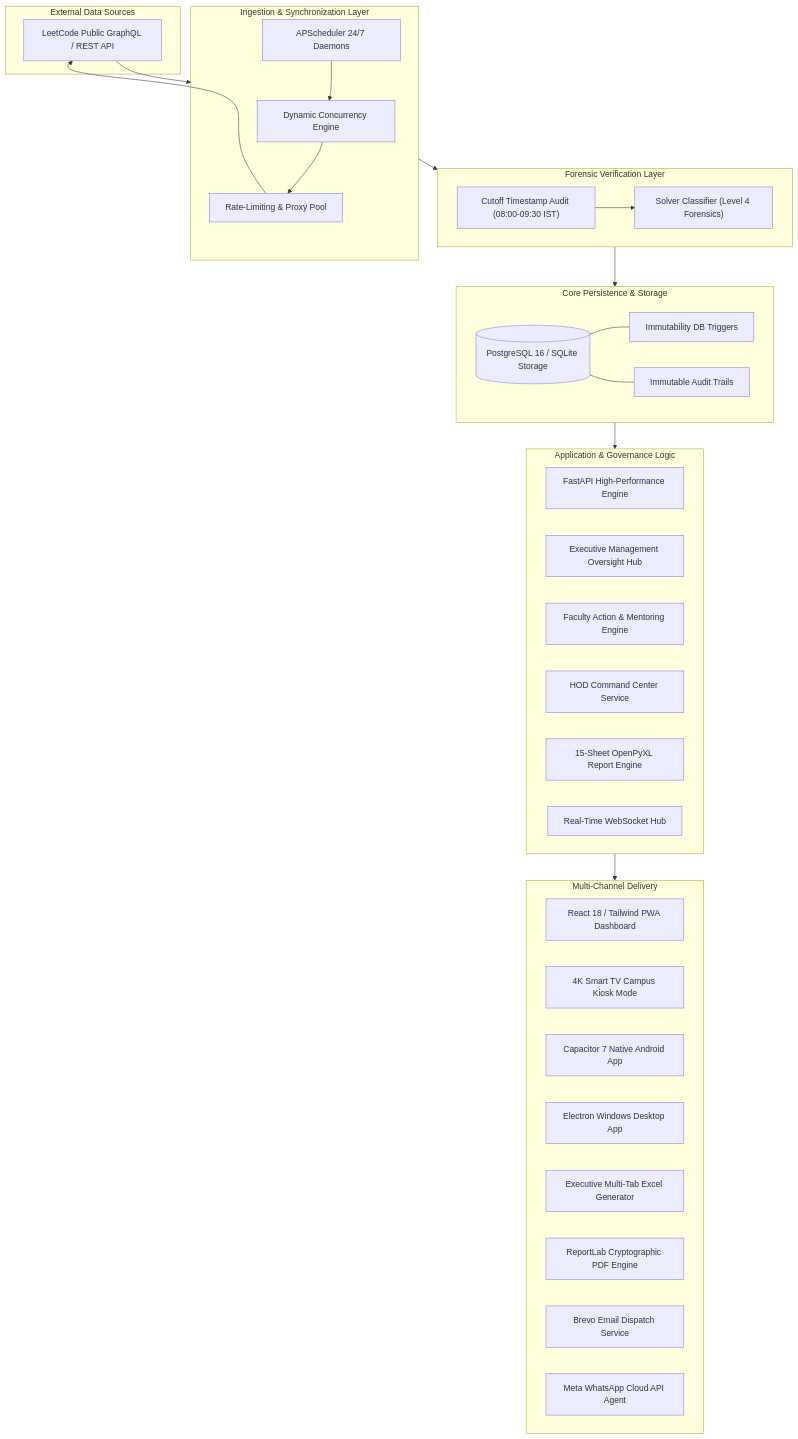
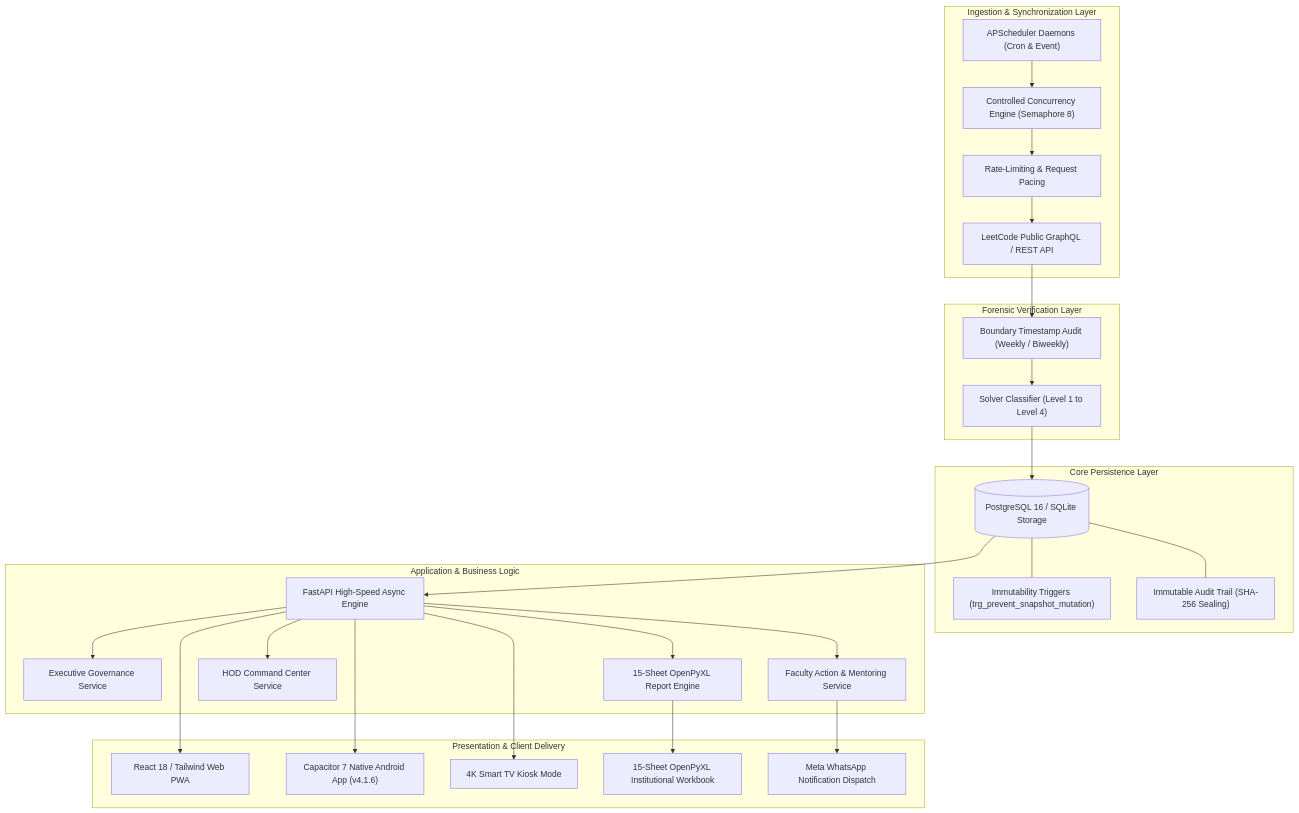
The diagram in README.md (nanthishvaran17/Leetcodeurl-s), drawn with Mermaid before and after one commit. The commit also changed other lines of this file and 2 other files, not shown here.

Commit message:
docs: overhaul README to 10/10 standard with complete dev onboarding, forensic definitions, DPDP compliance, and architecture tree

````diff
--- a/README.md
+++ b/README.md
@@ -354,55 +177,54 @@
 ```mermaid
-flowchart TB
-    subgraph External ["External Data Sources"]
+flowchart TD
+    subgraph Ingestion ["Ingestion & Synchronization Layer"]
         LC["LeetCode Public GraphQL / REST API"]
-    end
-
-    subgraph Ingestion ["Ingestion & Synchronization Layer"]
-        DYN["Dynamic Concurrency Engine"]
-        RATE["Rate-Limiting & Proxy Pool"]
-        SCHED["APScheduler 24/7 Daemons"]
+        DYN["Controlled Concurrency Engine (Semaphore 8)"]
+        RATE["Rate-Limiting & Request Pacing"]
+        SCHED["APScheduler Daemons (Cron & Event)"]
+        SCHED --> DYN
         DYN --> RATE
         RATE --> LC
-        SCHED --> DYN
     end
 
     subgraph Verification ["Forensic Verification Layer"]
-        TIME["Cutoff Timestamp Audit (08:00-09:30 IST)"]
-        CLASS["Solver Classifier (Level 4 Forensics)"]
+        TIME["Boundary Timestamp Audit (Weekly / Biweekly)"]
+        CLASS["Solver Classifier (Level 1 to Level 4)"]
+        LC --> TIME
         TIME --> CLASS
     end
 
-    subgraph Core ["Core Persistence & Storage"]
+    subgraph Storage ["Core Persistence Layer"]
         DB[("PostgreSQL 16 / SQLite Storage")]
-        TRIG["Immutability DB Triggers"]
-        AUDIT["Immutable Audit Trails"]
+        TRIG["Immutability Triggers (trg_prevent_snapshot_mutation)"]
+        AUDIT["Immutable Audit Trail (SHA-256 Sealing)"]
+        CLASS --> DB
         DB --- TRIG
         DB --- AUDIT
     end
 
-    subgraph Services ["Application & Governance Logic"]
-        API["FastAPI High-Performance Engine"]
-        MGT["Executive Management Oversight Hub"]
-        FAC["Faculty Action & Mentoring Engine"]
+    subgraph Services ["Application & Business Logic"]
+        API["FastAPI High-Speed Async Engine"]
+        MGT["Executive Governance Service"]
+        FAC["Faculty Action & Mentoring Service"]
         HOD["HOD Command Center Service"]
         REP["15-Sheet OpenPyXL Report Engine"]
-        WS["Real-Time WebSocket Hub"]
+        DB --> API
+        API --> MGT
+        API --> FAC
+        API --> HOD
+        API --> REP
     end
 
-    subgraph Presentation ["Multi-Channel Delivery"]
-        WEB["React 18 / Tailwind PWA Dashboard"]
-        KIOSK["4K Smart TV Campus Kiosk Mode"]
-        APK["Capacitor 7 Native Android App"]
-        EXE["Electron Windows Desktop App"]
-        EXCEL["Executive Multi-Tab Excel Generator"]
-        PDF["ReportLab Cryptographic PDF Engine"]
-        BREVO["Brevo Email Dispatch Service"]
-        WA["Meta WhatsApp Cloud API Agent"]
+    subgraph Presentation ["Presentation & Client Delivery"]
+        WEB["React 18 / Tailwind Web PWA"]
+        APK["Capacitor 7 Native Android App (v4.1.6)"]
+        KIOSK["4K Smart TV Kiosk Mode"]
+        EXCEL["15-Sheet OpenPyXL Institutional Workbook"]
+        WA["Meta WhatsApp Notification Dispatch"]
+        API --> WEB
+        API --> APK
+        API --> KIOSK
+        REP --> EXCEL
+        FAC --> WA
     end
-
-    LC --> Ingestion
-    Ingestion --> Verification
-    Verification --> Core
-    Core --> Services
-    Services --> Presentation
 ```
````
